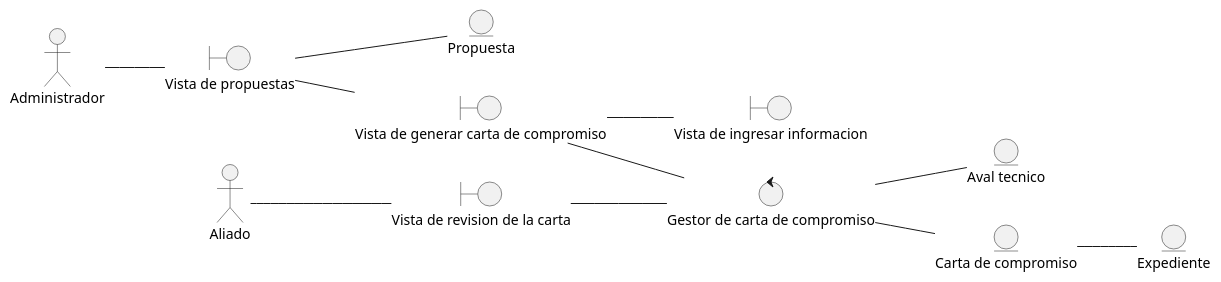
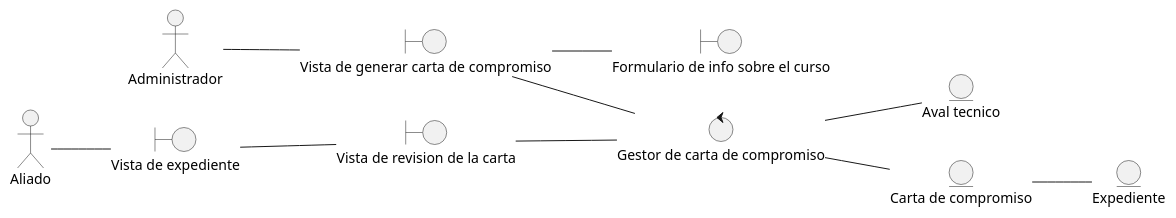
The diagram in docs/scenariosView/DisciplinaDeAnalisisDiagramaDeClaseGenerarCartaCompromiso.plantuml (Samantha-Ramirez/ProyectoEquipo7ING), drawn with PlantUML before and after one commit. The commit also changed 8 other files, not shown here.

```diff
--- a/docs/scenariosView/DisciplinaDeAnalisisDiagramaDeClaseGenerarCartaCompromiso.plantuml
+++ b/docs/scenariosView/DisciplinaDeAnalisisDiagramaDeClaseGenerarCartaCompromiso.plantuml
@@ -1,33 +1,31 @@
 @startuml DisciplinaDeAnalisisDiagramaDeClaseGenerarCartaCompromiso
 left to right direction
 
 actor "Administrador" as actorAdmin
 actor "Aliado" as actorAliado
 
-
-entity "Propuesta" as entidadPropuesta
 entity "Aval tecnico" as entidadAval
 entity "Expediente" as entidadExpediente
 entity "Carta de compromiso" as entidadCartaCompromiso
 
-boundary "Vista de propuestas" as vistaPropuestas
 boundary "Vista de generar carta de compromiso" as vistaGenerarCartaDeCompromiso
-boundary "Vista de ingresar informacion" as vistaIngresarInformacion
+boundary "Formulario de info sobre el curso" as vistaFormularioInfo
 boundary "Vista de revision de la carta" as vistaRevisionCartaDeCompromiso
-
+boundary "Vista de expediente" as vistaExpediente
 
 control "Gestor de carta de compromiso" as ctrlGestorCartaCompromiso
 
-actorAdmin -- vistaPropuestas
-vistaPropuestas -- entidadPropuesta
-vistaPropuestas -- vistaGenerarCartaDeCompromiso
+actorAdmin -- vistaGenerarCartaDeCompromiso
+vistaGenerarCartaDeCompromiso -- vistaFormularioInfo
+
 vistaGenerarCartaDeCompromiso -- ctrlGestorCartaCompromiso
-
-vistaGenerarCartaDeCompromiso -- vistaIngresarInformacion
 ctrlGestorCartaCompromiso -- entidadCartaCompromiso 
 entidadCartaCompromiso -- entidadExpediente
+
 ctrlGestorCartaCompromiso -- entidadAval
 
-actorAliado -- vistaRevisionCartaDeCompromiso
+actorAliado -- vistaExpediente
+vistaExpediente -- vistaRevisionCartaDeCompromiso
 vistaRevisionCartaDeCompromiso -- ctrlGestorCartaCompromiso
+
 @enduml
```
